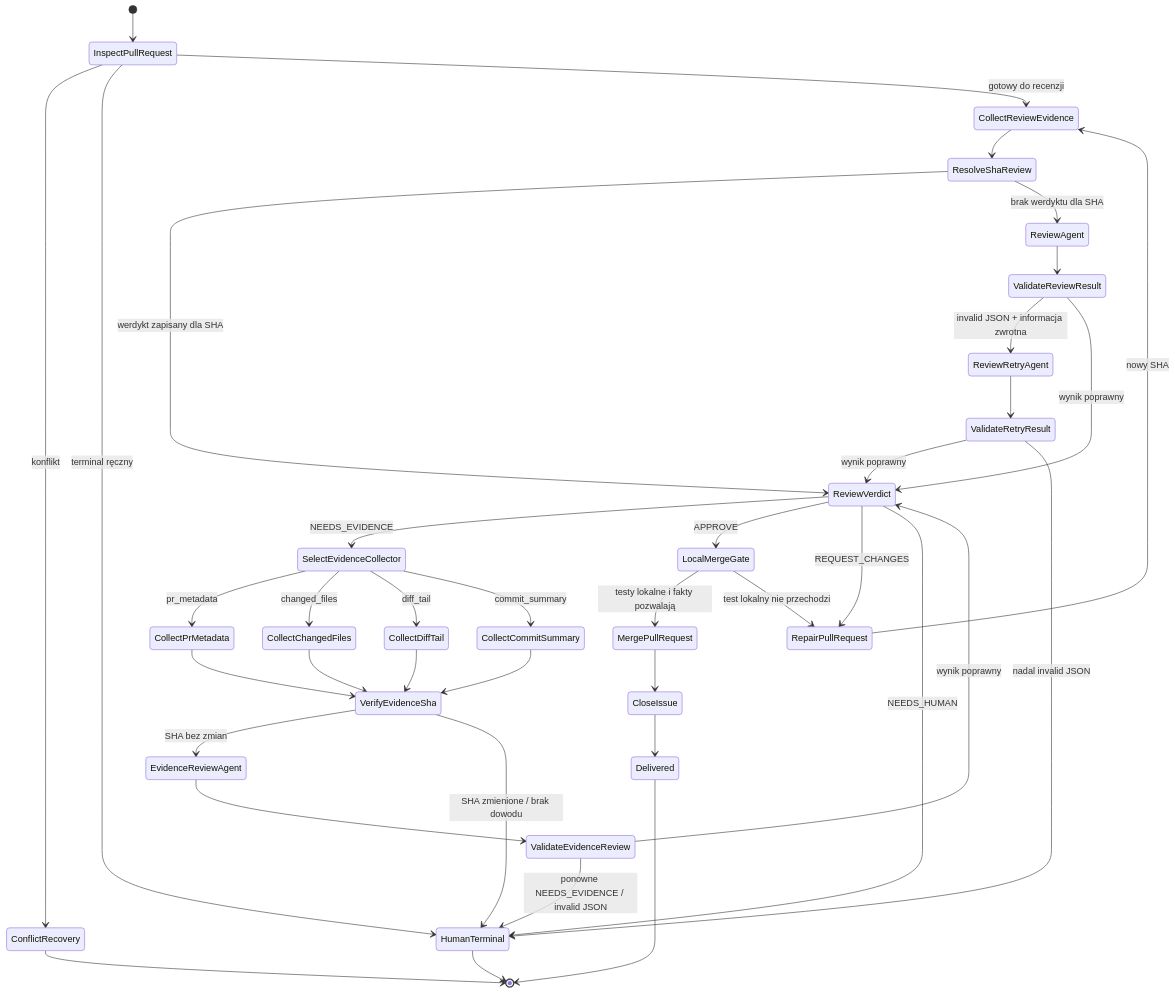
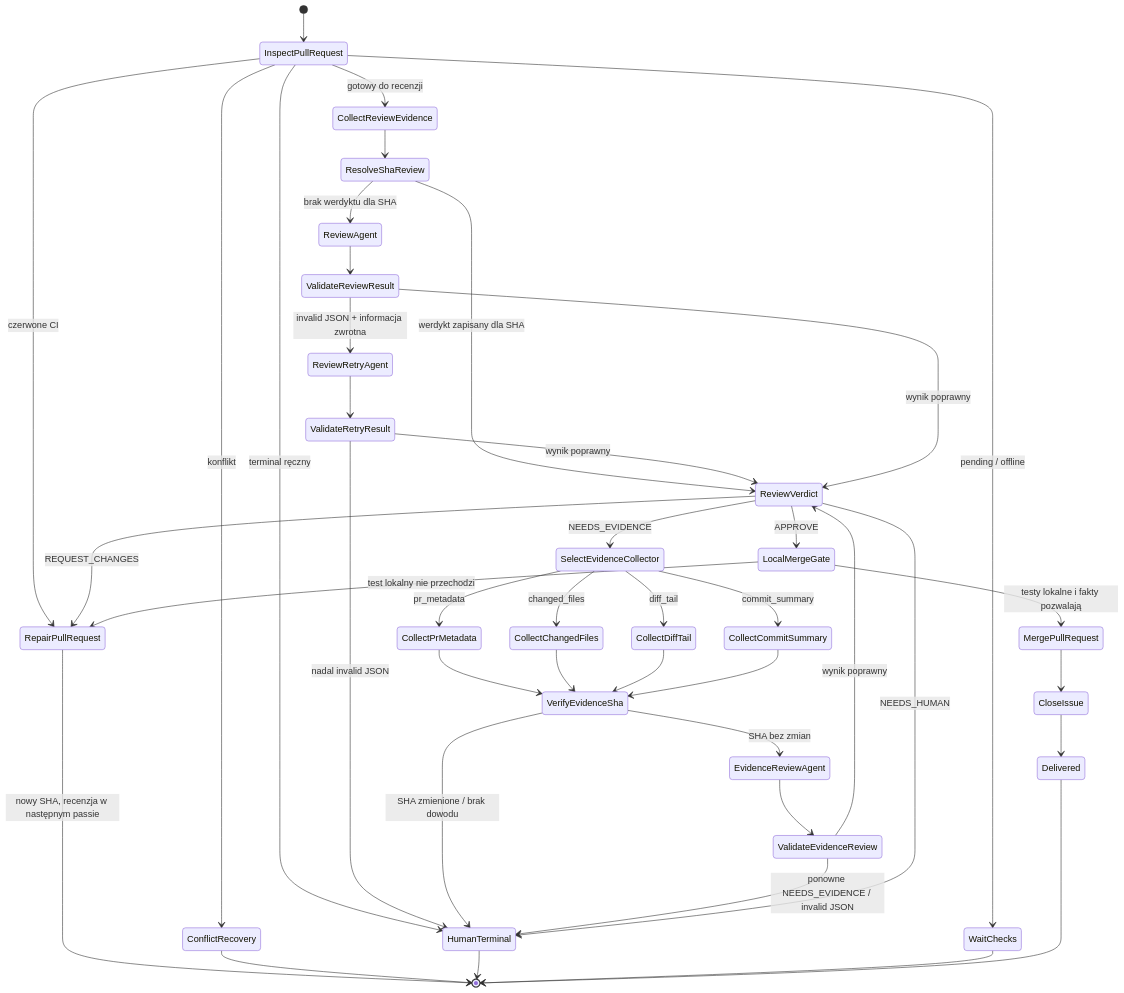
Before and after one commit to mikolaj92/lokay: diagram 38 of 40 in README.md, drawn with Mermaid. The commit also changed other lines of this file and 14 other files, not shown here.

First line of the commit message:
pr_triage routes red checks and local-test fail to pr_repair

````diff
--- a/README.md
+++ b/README.md
@@ -1105,41 +1105,44 @@
 ```mermaid
 stateDiagram-v2
     [*] --> InspectPullRequest
     InspectPullRequest --> ConflictRecovery: konflikt
+    InspectPullRequest --> WaitChecks: pending / offline
+    InspectPullRequest --> RepairPullRequest: czerwone CI
     InspectPullRequest --> HumanTerminal: terminal ręczny
     InspectPullRequest --> CollectReviewEvidence: gotowy do recenzji
     CollectReviewEvidence --> ResolveShaReview
     ResolveShaReview --> ReviewVerdict: werdykt zapisany dla SHA
     ResolveShaReview --> ReviewAgent: brak werdyktu dla SHA
     ReviewAgent --> ValidateReviewResult
     ValidateReviewResult --> ReviewRetryAgent: invalid JSON + informacja zwrotna
     ReviewRetryAgent --> ValidateRetryResult
     ValidateRetryResult --> ReviewVerdict: wynik poprawny
     ValidateRetryResult --> HumanTerminal: nadal invalid JSON
     ValidateReviewResult --> ReviewVerdict: wynik poprawny
     ReviewVerdict --> SelectEvidenceCollector: NEEDS_EVIDENCE
     SelectEvidenceCollector --> CollectPrMetadata: pr_metadata
     SelectEvidenceCollector --> CollectChangedFiles: changed_files
     SelectEvidenceCollector --> CollectDiffTail: diff_tail
     SelectEvidenceCollector --> CollectCommitSummary: commit_summary
     CollectPrMetadata --> VerifyEvidenceSha
     CollectChangedFiles --> VerifyEvidenceSha
     CollectDiffTail --> VerifyEvidenceSha
     CollectCommitSummary --> VerifyEvidenceSha
     VerifyEvidenceSha --> EvidenceReviewAgent: SHA bez zmian
     VerifyEvidenceSha --> HumanTerminal: SHA zmienione / brak dowodu
     EvidenceReviewAgent --> ValidateEvidenceReview
     ValidateEvidenceReview --> ReviewVerdict: wynik poprawny
     ValidateEvidenceReview --> HumanTerminal: ponowne NEEDS_EVIDENCE / invalid JSON
     ReviewVerdict --> LocalMergeGate: APPROVE
     ReviewVerdict --> RepairPullRequest: REQUEST_CHANGES
     ReviewVerdict --> HumanTerminal: NEEDS_HUMAN
-    RepairPullRequest --> CollectReviewEvidence: nowy SHA
     LocalMergeGate --> MergePullRequest: testy lokalne i fakty pozwalają
     LocalMergeGate --> RepairPullRequest: test lokalny nie przechodzi
     MergePullRequest --> CloseIssue
     CloseIssue --> Delivered
+    RepairPullRequest --> [*]: nowy SHA, recenzja w następnym passie
     ConflictRecovery --> [*]
     HumanTerminal --> [*]
+    WaitChecks --> [*]
     Delivered --> [*]
 ```
````
